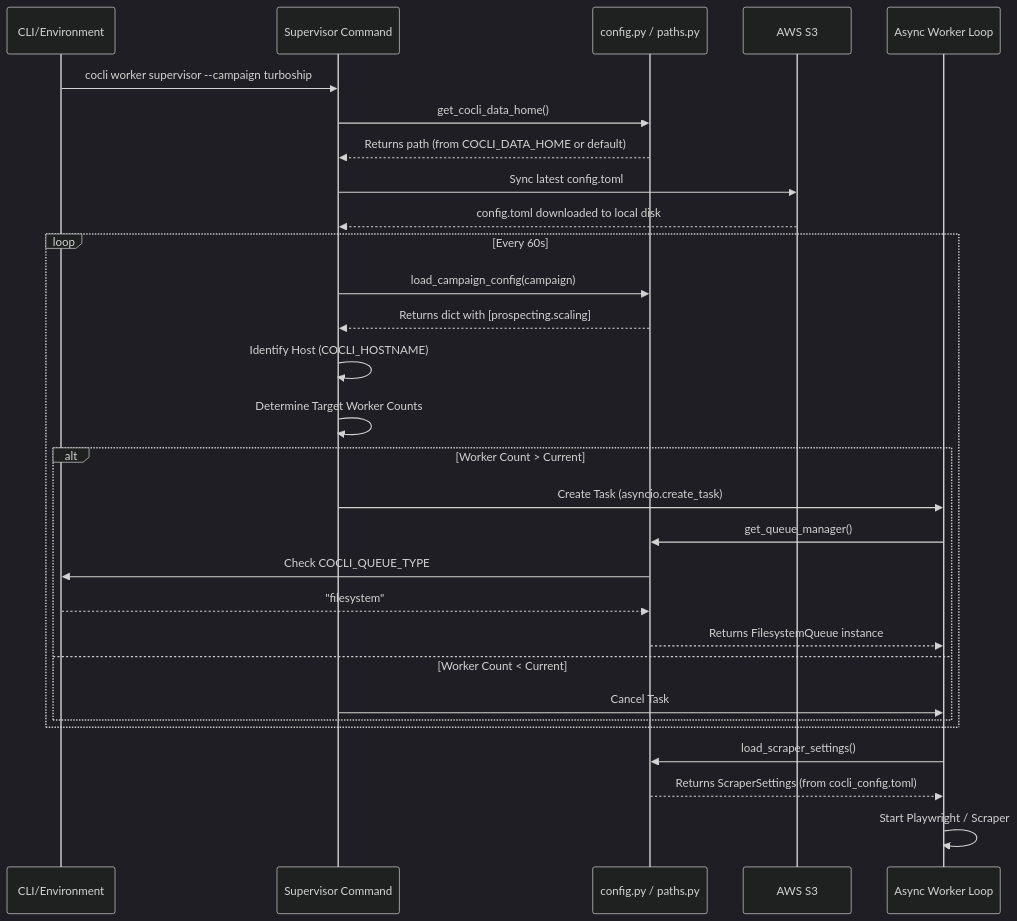
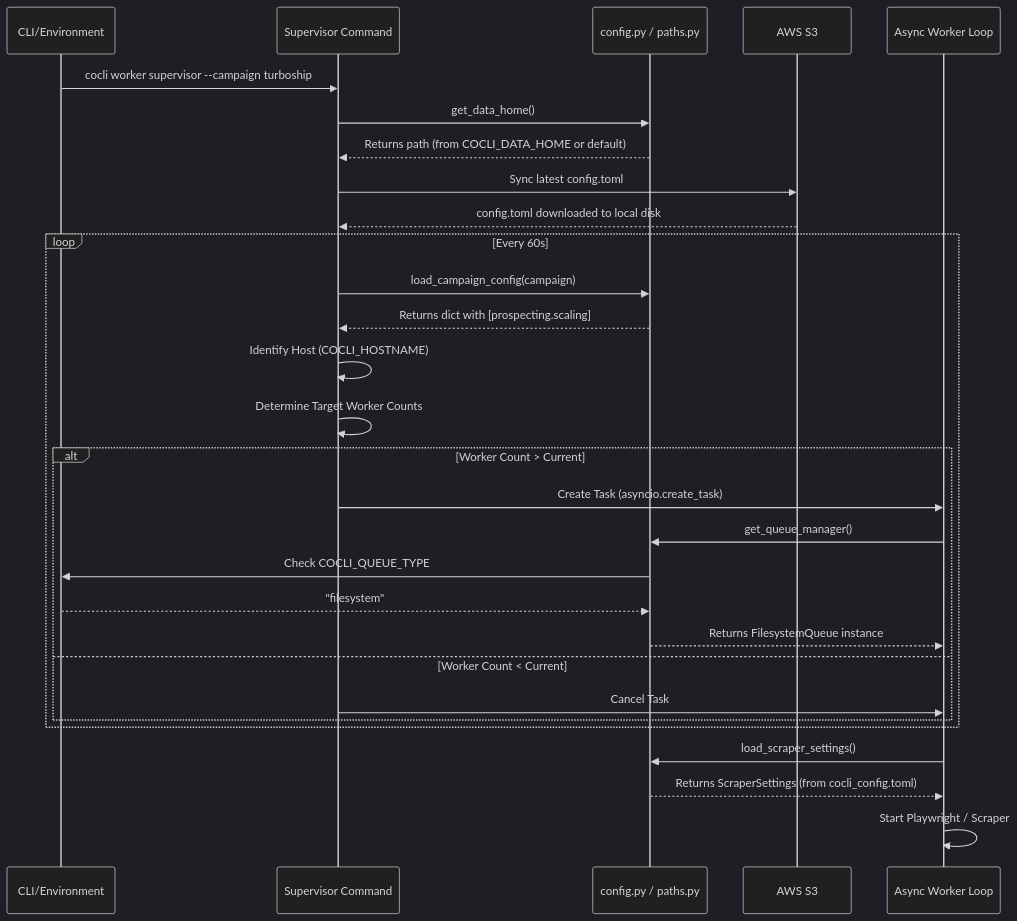
The diagram in docs/reference/settings-inventory.md (bizkite-co/cocli), drawn with Mermaid (dark theme) before and after one commit. The commit also changed other lines of this file and 62 other files, not shown here.

First line of the commit message:
Refactor: decommission cocli_data symlink in favor of data

````diff
--- a/docs/reference/settings-inventory.md
+++ b/docs/reference/settings-inventory.md
@@ -57,37 +57,37 @@
 ```mermaid
 sequenceDiagram
     participant User as CLI/Environment
     participant Sup as Supervisor Command
     participant Config as config.py / paths.py
     participant S3 as AWS S3
     participant Worker as Async Worker Loop
 
     User->>Sup: cocli worker supervisor --campaign turboship
-    Sup->>Config: get_cocli_data_home()
+    Sup->>Config: get_data_home()
     Config-->>Sup: Returns path (from COCLI_DATA_HOME or default)
     
     Sup->>S3: Sync latest config.toml
     S3-->>Sup: config.toml downloaded to local disk
     
     Loop Every 60s
         Sup->>Config: load_campaign_config(campaign)
         Config-->>Sup: Returns dict with [prospecting.scaling]
         
         Sup->>Sup: Identify Host (COCLI_HOSTNAME)
         Sup->>Sup: Determine Target Worker Counts
         
         Alt Worker Count > Current
             Sup->>Worker: Create Task (asyncio.create_task)
             Worker->>Config: get_queue_manager()
             Config->>User: Check COCLI_QUEUE_TYPE
             User-->>Config: "filesystem"
             Config-->>Worker: Returns FilesystemQueue instance
         Else Worker Count < Current
             Sup->>Worker: Cancel Task
         End
     End
     
     Worker->>Config: load_scraper_settings()
     Config-->>Worker: Returns ScraperSettings (from cocli_config.toml)
     Worker->>Worker: Start Playwright / Scraper
 ```
````
